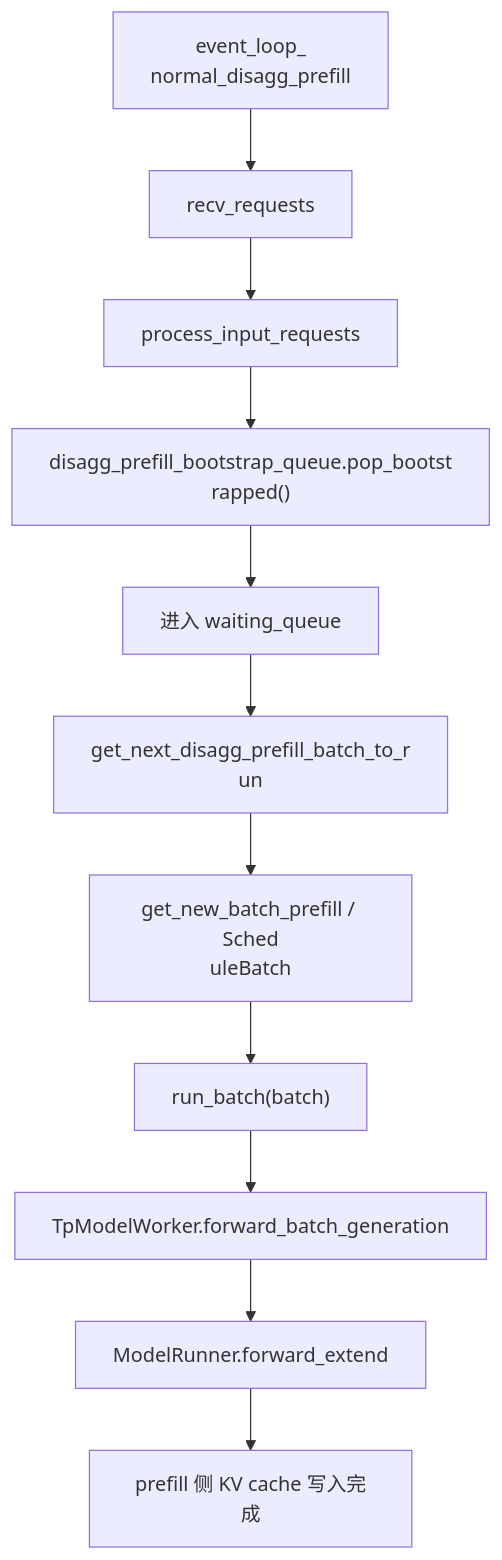
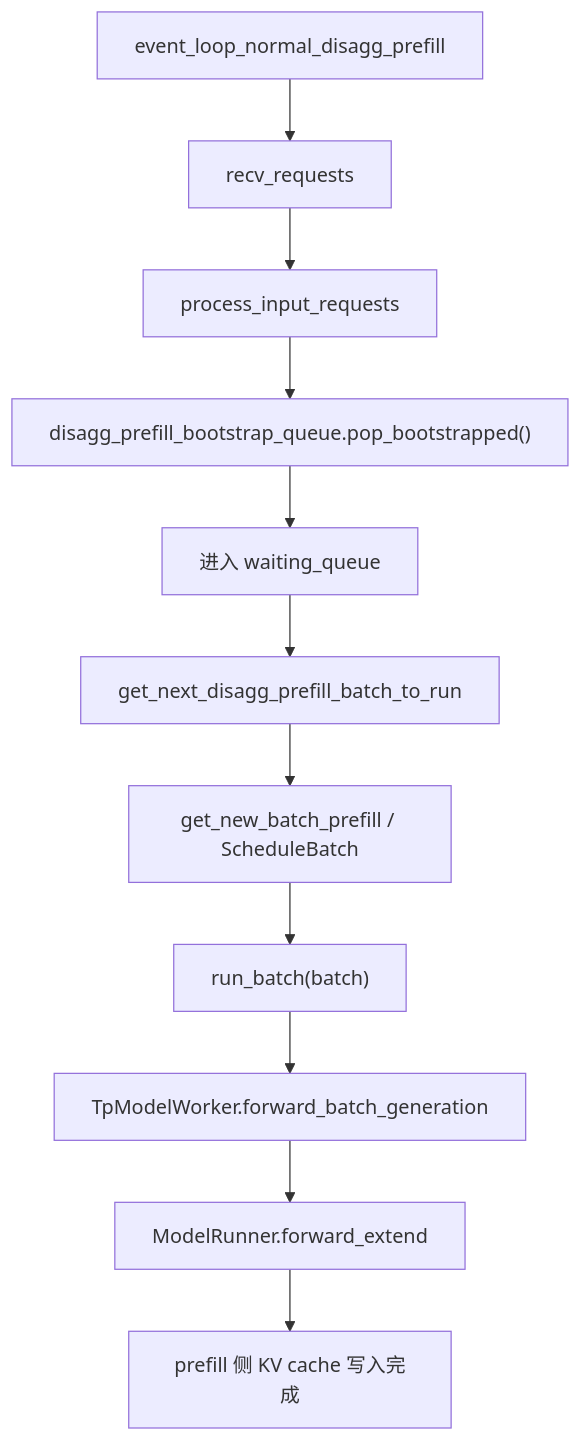
Diagram 17 of 25 in src/data/sglang-content/sglang-source-reading/07-disaggregation-pd.md (cl-vv-h/AI_Infra_Tutor_Page), drawn with Mermaid before and after one commit. The commit also changed other lines of this file and 25 other files, not shown here.

Commit message:
Fix markdown rendering with react-markdown, add SGLang knowledge graph

````diff
--- a/src/data/sglang-content/sglang-source-reading/07-disaggregation-pd.md
+++ b/src/data/sglang-content/sglang-source-reading/07-disaggregation-pd.md
@@ -1483,24 +737,13 @@
 ```mermaid
 flowchart TD
-  A["event_loop_
-normal_disagg_prefill"] --> B["recv_requests"
-]
+  A["event_loop_normal_disagg_prefill"] --> B["recv_requests"]
   B --> C["process_input_requests"]
-  C -->
- D["disagg_prefill_bootstrap_queue.pop_bootst
-rapped()"]
+  C --> D["disagg_prefill_bootstrap_queue.pop_bootstrapped()"]
   D --> E["进入 waiting_queue"]
-
-  E --> F["get_next_disagg_prefill_batch_to_r
-un"]
-  F --> G["get_new_batch_prefill / Sched
-uleBatch"]
+  E --> F["get_next_disagg_prefill_batch_to_run"]
+  F --> G["get_new_batch_prefill / ScheduleBatch"]
   G --> H["run_batch(batch)"]
-  H 
---> I["TpModelWorker.forward_batch_generation
-"]
+  H --> I["TpModelWorker.forward_batch_generation"]
   I --> J["ModelRunner.forward_extend"]
-  
-J --> K["prefill 侧 KV cache 写入完成"]
-
+  J --> K["prefill 侧 KV cache 写入完成"]
 ```
````
